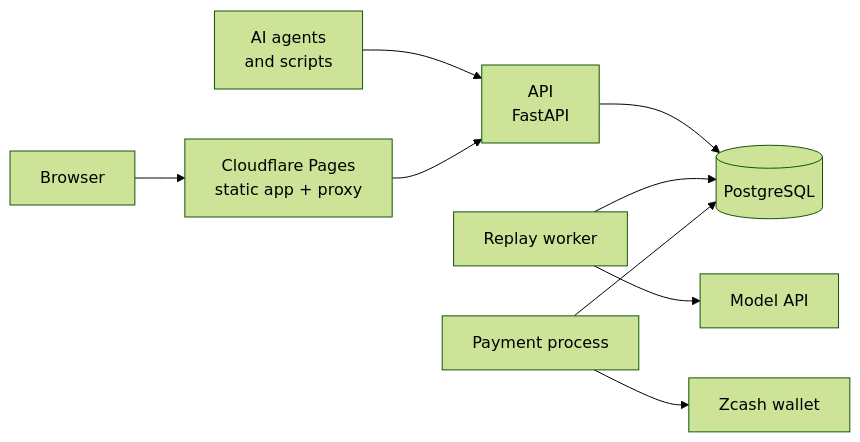
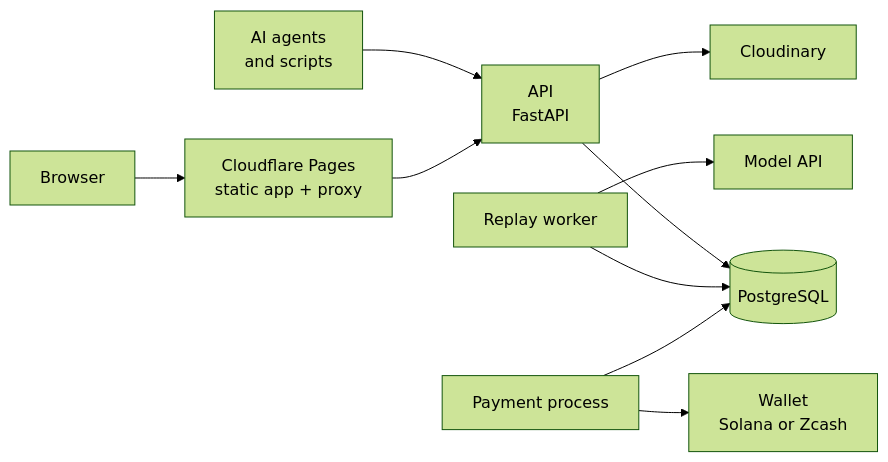
One commit to aadityakumarsah/trycanari changed the second of 2 diagrams in README.md. Above: the diagram before and after it, drawn with Mermaid (forest theme). The commit also changed other lines of this file and 4 other files, not shown here.

````diff
--- a/README.md
+++ b/README.md
@@ -147,11 +151,12 @@
 ```mermaid
 flowchart LR
     B[Browser] --> CF[Cloudflare Pages<br/>static app + proxy]
     A[AI agents<br/>and scripts] --> API
     CF --> API[API<br/>FastAPI]
     API --> DB[(PostgreSQL)]
     W[Replay worker] --> DB
     W --> M[Model API]
     PAY[Payment process] --> DB
-    PAY --> Z[Zcash wallet]
+    PAY --> Z[Wallet<br/>Solana or Zcash]
+    API --> IMG[Cloudinary]
 ```
````
